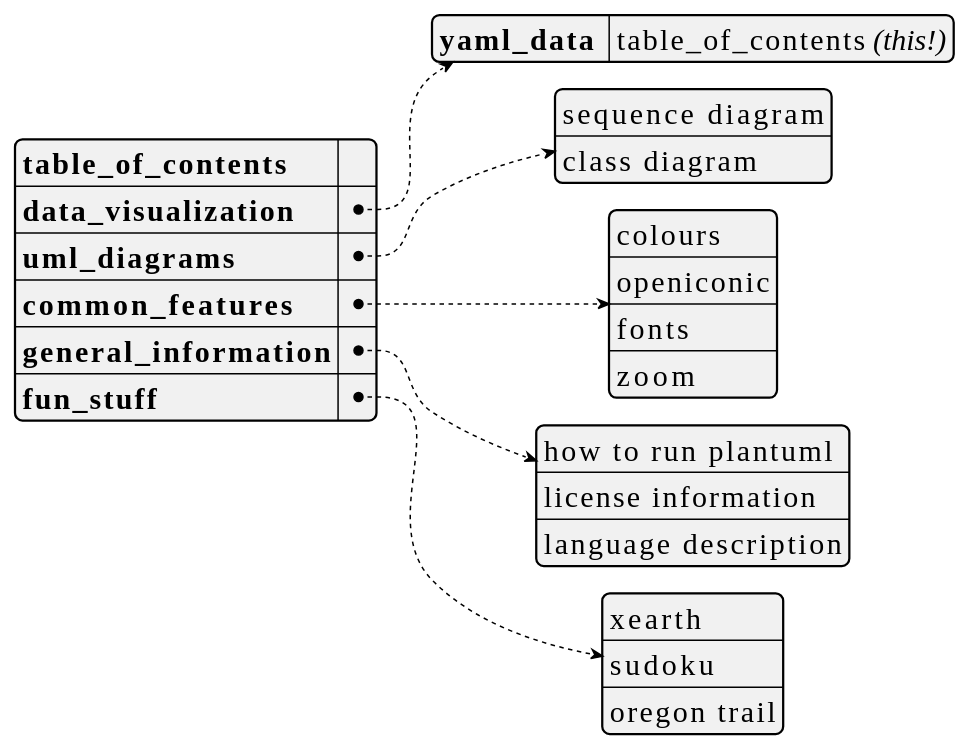
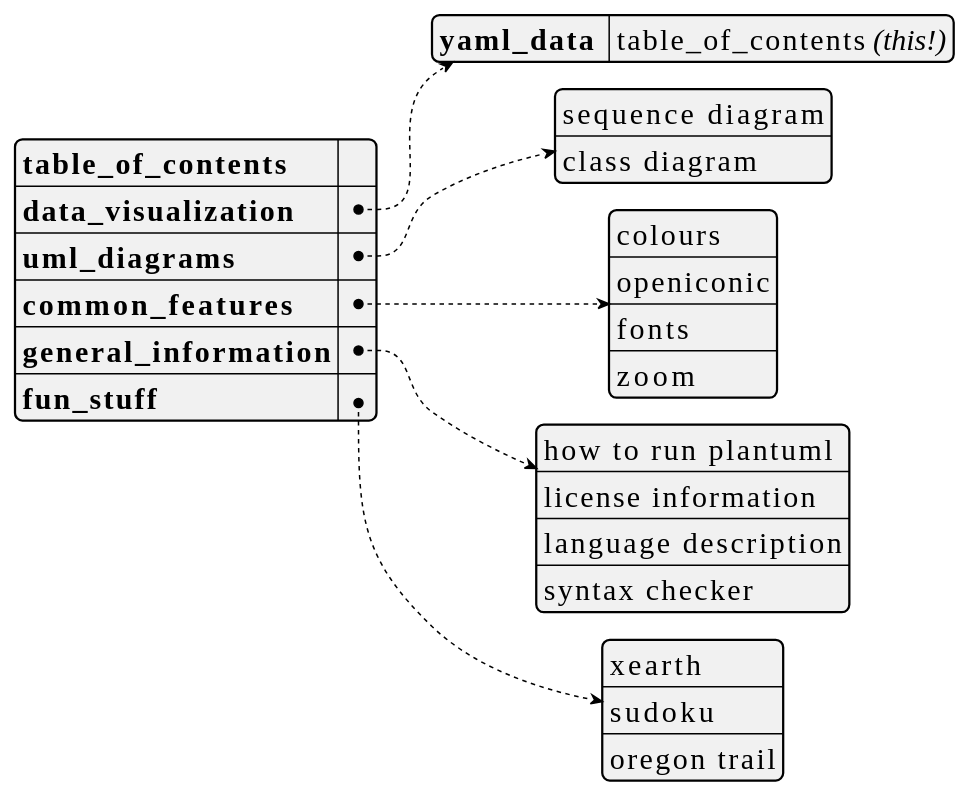
The first of 18 diagrams in plantuml_demo.md (dragondive/heavens-arena), drawn with PlantUML before and after one commit. The commit also changed other lines of this file, not shown here.

Commit message:
added info: syntax checker

````diff
--- a/plantuml_demo.md
+++ b/plantuml_demo.md
@@ -26,42 +26,43 @@
 ```plantuml
 @startyaml
 <style>
 yamlDiagram {
     node {
         ' use a constant width font because that's what developers do.
         FontName Consolas
         FontSize 20
     }
 }
 </style>
 
 /'TODO:
 It would be cool to hyperlink the entries in the table_of_contents to the
 respective section in the document. Not only would it further accentuate the
 [Medium Awareness](https://tvtropes.org/pmwiki/pmwiki.php/Main/MediumAwareness)
 of this yaml document, but also augment the
 [Anachronic Order](https://tvtropes.org/pmwiki/pmwiki.php/Main/AnachronicOrder)
 of the outer markdown document.
 '/
 
 **table_of_contents**: ""  /' workaround: empty string here to avoid dummy link '/
 data_visualization:
     yaml_data : table_of_contents //(this!)//
 uml_diagrams:
     - sequence diagram
     - class diagram
 common_features:
     - colours
     - openiconic
     - fonts
     - zoom
 general_information:
     - how to run plantuml
     - license information
     - language description
+    - syntax checker
 fun_stuff:
     - xearth
     - sudoku
     - oregon trail
 @endyaml
 ```
````
